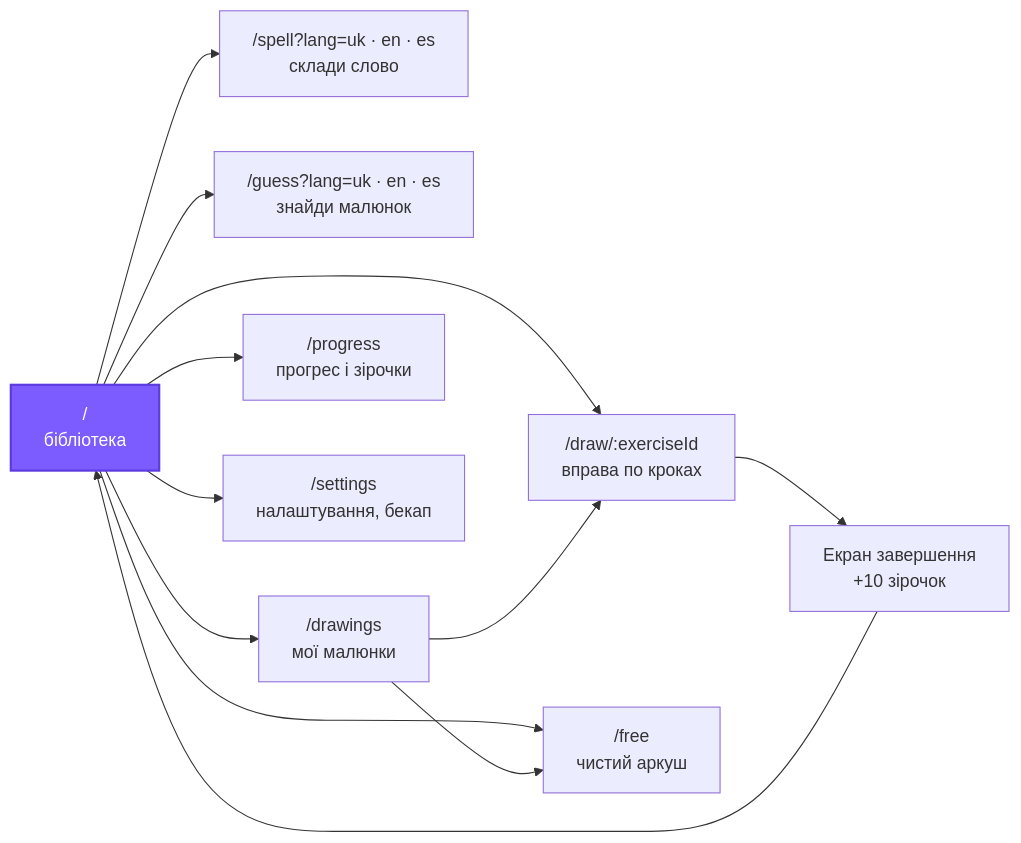
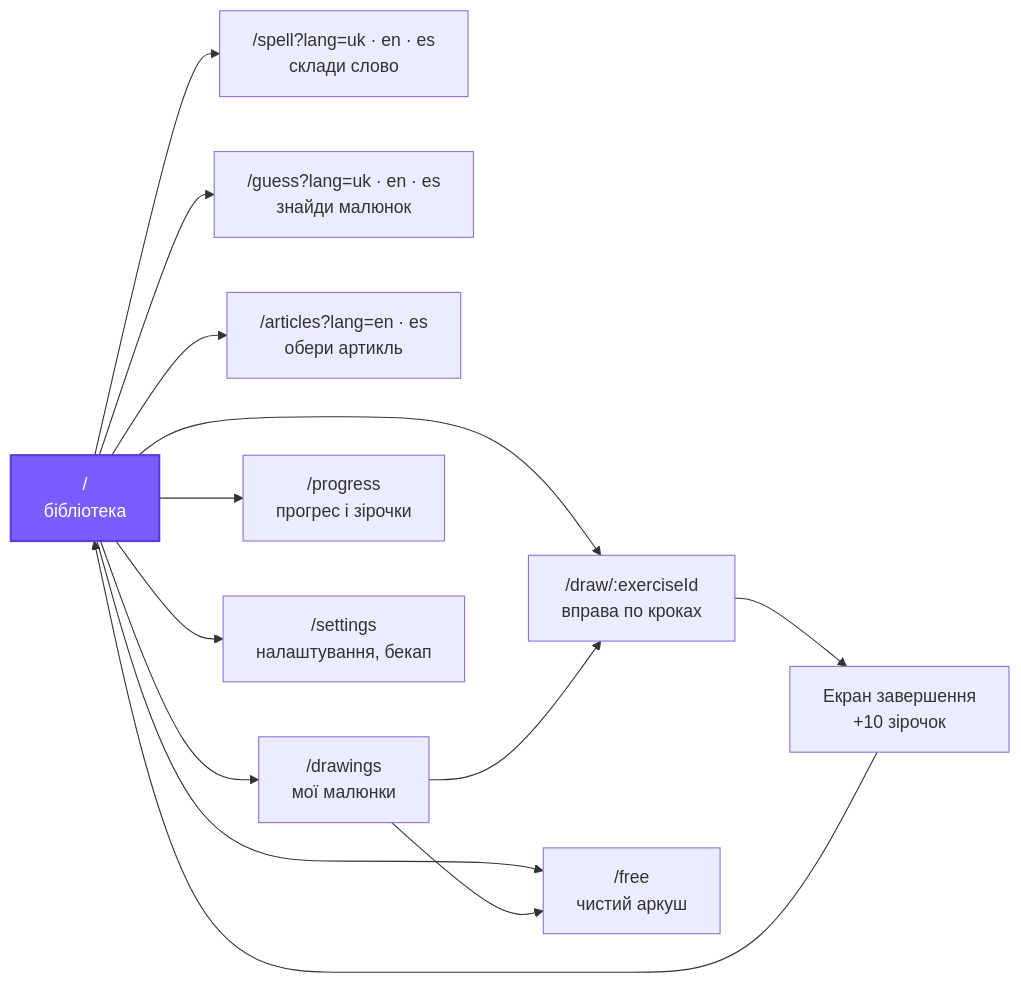
One commit to PolukovY/drawli changed the tenth of 13 diagrams in doc/arch.md. Above: the diagram before and after it, drawn with Mermaid. The commit also changed other lines of this file and 27 other files, not shown here.

````diff
--- a/doc/arch.md
+++ b/doc/arch.md
@@ -318,17 +321,18 @@
 ```mermaid
 graph LR
     home["/<br/>бібліотека"] --> draw["/draw/:exerciseId<br/>вправа по кроках"]
     home --> free["/free<br/>чистий аркуш"]
     home --> spell["/spell?lang=uk · en · es<br/>склади слово"]
     home --> guess["/guess?lang=uk · en · es<br/>знайди малюнок"]
+    home --> articles["/articles?lang=en · es<br/>обери артикль"]
     home --> gallery["/drawings<br/>мої малюнки"]
     home --> progress["/progress<br/>прогрес і зірочки"]
     home --> settings["/settings<br/>налаштування, бекап"]
     draw --> done["Екран завершення<br/>+10 зірочок"]
     done --> home
     gallery --> draw
     gallery --> free
 
     classDef h fill:#7C5CFF,color:#fff,stroke:#5C3CE0,stroke-width:2px
     class home h
 ```
````
